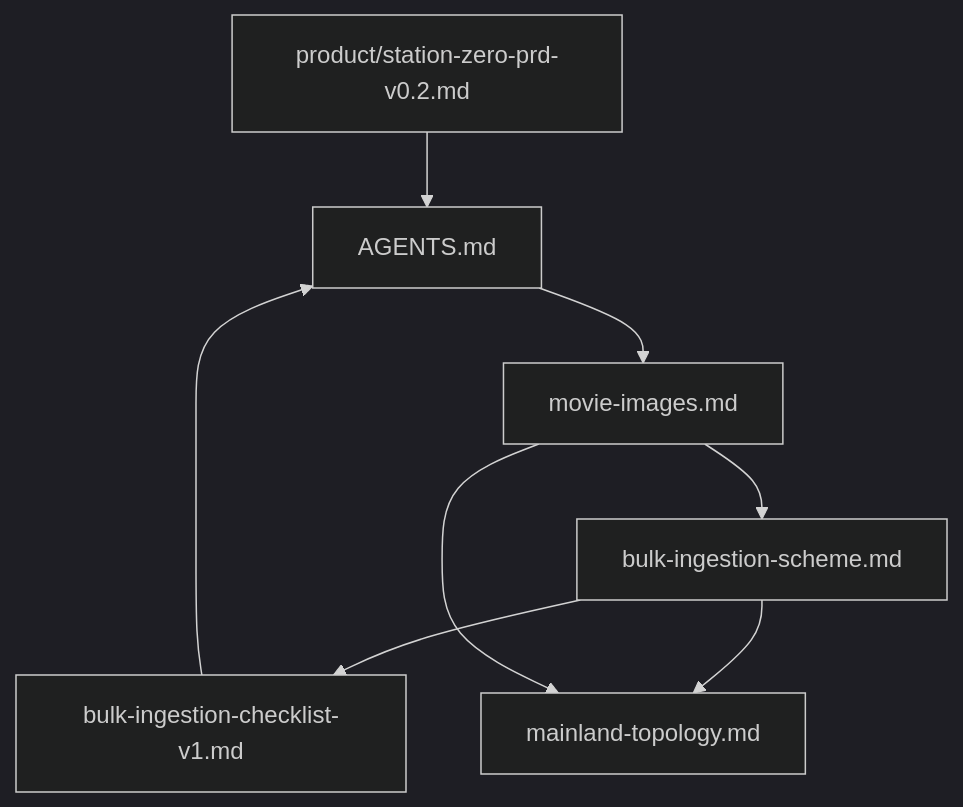
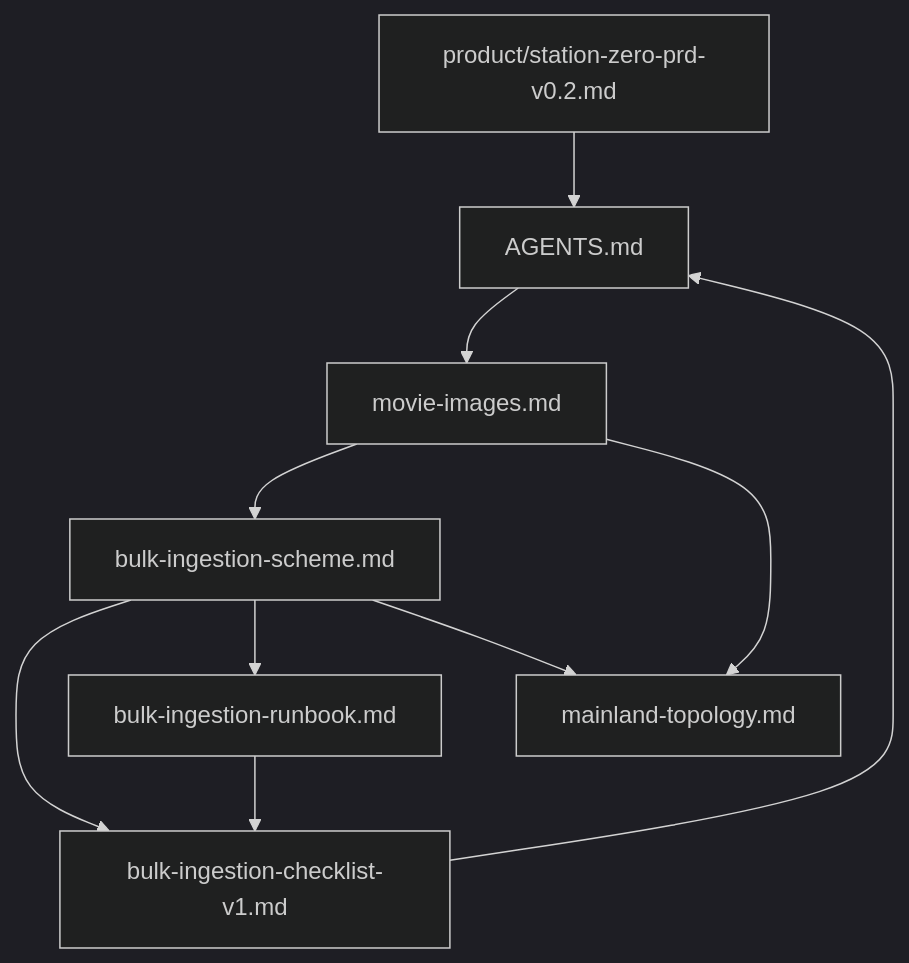
Before and after one commit to xue7106211/station-zero: the diagram in docs/index.md, drawn with Mermaid (dark theme). The commit also changed other lines of this file and 33 other files, not shown here.

````diff
--- a/docs/index.md
+++ b/docs/index.md
@@ -123,17 +132,20 @@
 ```mermaid
 flowchart TB
   prd[product/station-zero-prd-v0.2.md]
   img[movie-images.md]
   bulk[bulk-ingestion-scheme.md]
   checklist[bulk-ingestion-checklist-v1.md]
+  runbook[bulk-ingestion-runbook.md]
   topo[mainland-topology.md]
   agents[AGENTS.md]
 
   prd --> agents
   img --> bulk
   bulk --> checklist
+  bulk --> runbook
+  runbook --> checklist
   bulk --> topo
   img --> topo
   agents --> img
   checklist --> agents
 ```
````
